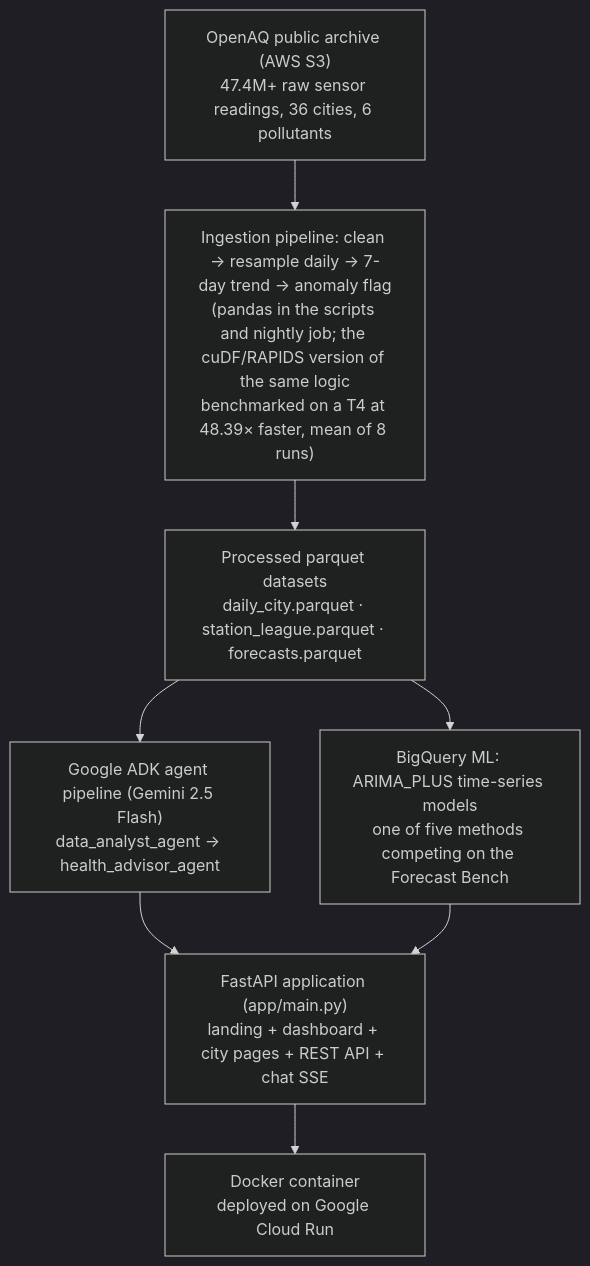
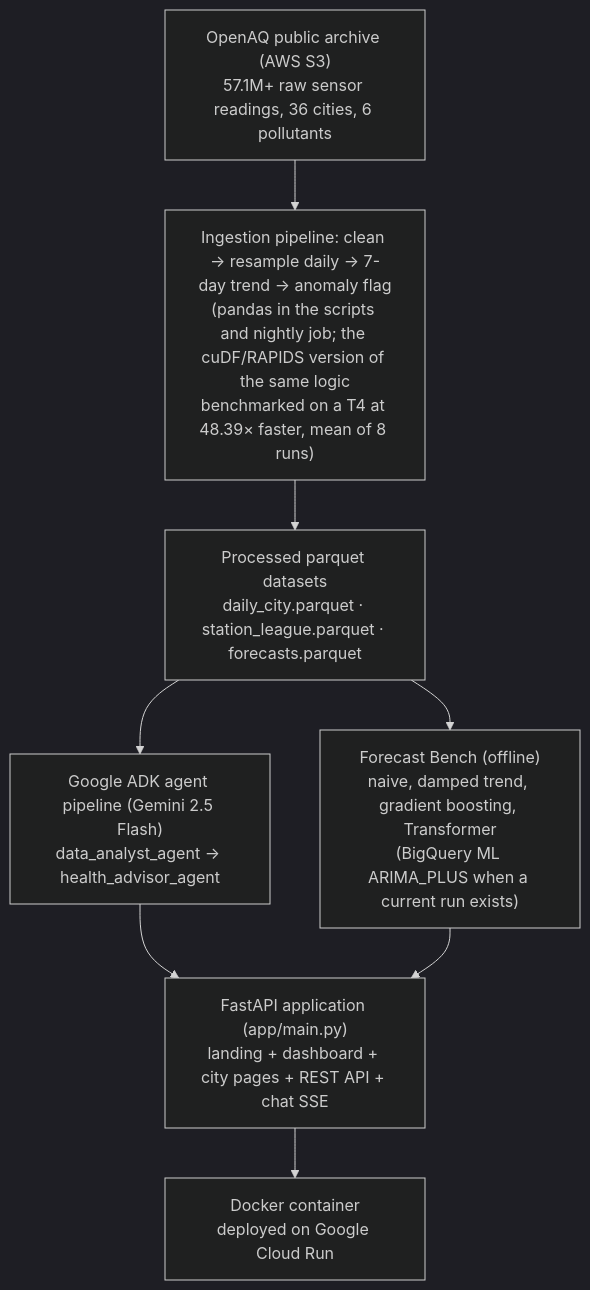
The first of 2 diagrams in README.md (anshul23102/vayusense), drawn with Mermaid (dark theme) before and after one commit. The commit also changed other lines of this file and 17 other files, not shown here.

````diff
--- a/README.md
+++ b/README.md
@@ -201,11 +201,11 @@
 ```mermaid
 flowchart TD
-    A["OpenAQ public archive (AWS S3)\n47.4M+ raw sensor readings, 36 cities, 6 pollutants"] --> B
+    A["OpenAQ public archive (AWS S3)\n57.1M+ raw sensor readings, 36 cities, 6 pollutants"] --> B
     B["Ingestion pipeline: clean → resample daily → 7-day trend → anomaly flag\n(pandas in the scripts and nightly job; the cuDF/RAPIDS version of the same logic\nbenchmarked on a T4 at 48.39× faster, mean of 8 runs)"] --> C
     C["Processed parquet datasets\ndaily_city.parquet · station_league.parquet · forecasts.parquet"] --> D
     C --> E
     D["Google ADK agent pipeline (Gemini 2.5 Flash)\ndata_analyst_agent → health_advisor_agent"] --> F
-    E["BigQuery ML: ARIMA_PLUS time-series models\none of five methods competing on the Forecast Bench"] --> F
+    E["Forecast Bench (offline)\nnaive, damped trend, gradient boosting, Transformer\n(BigQuery ML ARIMA_PLUS when a current run exists)"] --> F
     F["FastAPI application (app/main.py)\nlanding + dashboard + city pages + REST API + chat SSE"] --> G
     G["Docker container\ndeployed on Google Cloud Run"]
 ```
````
